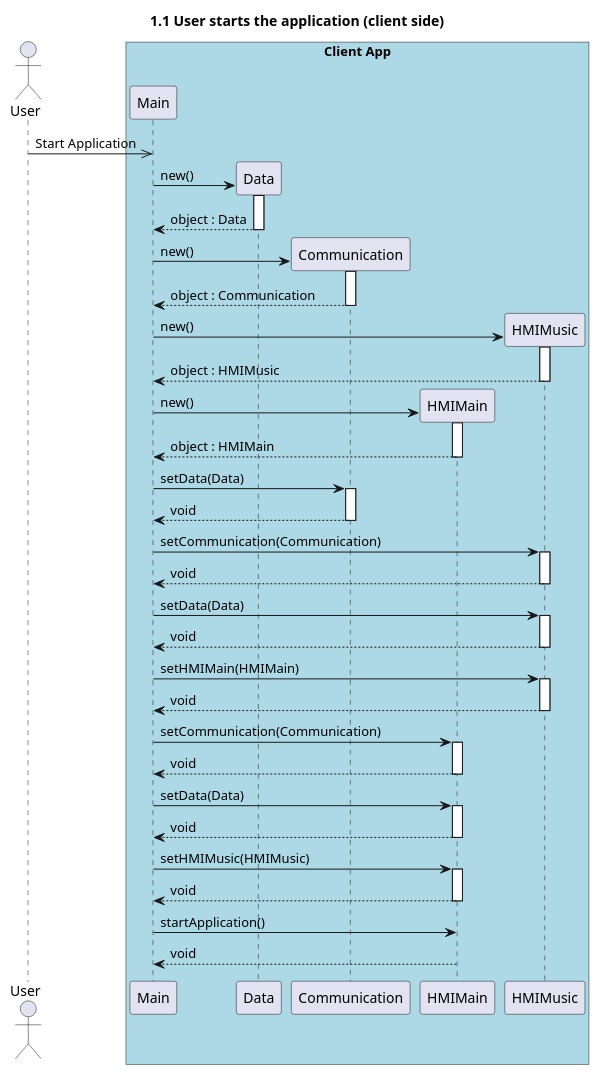
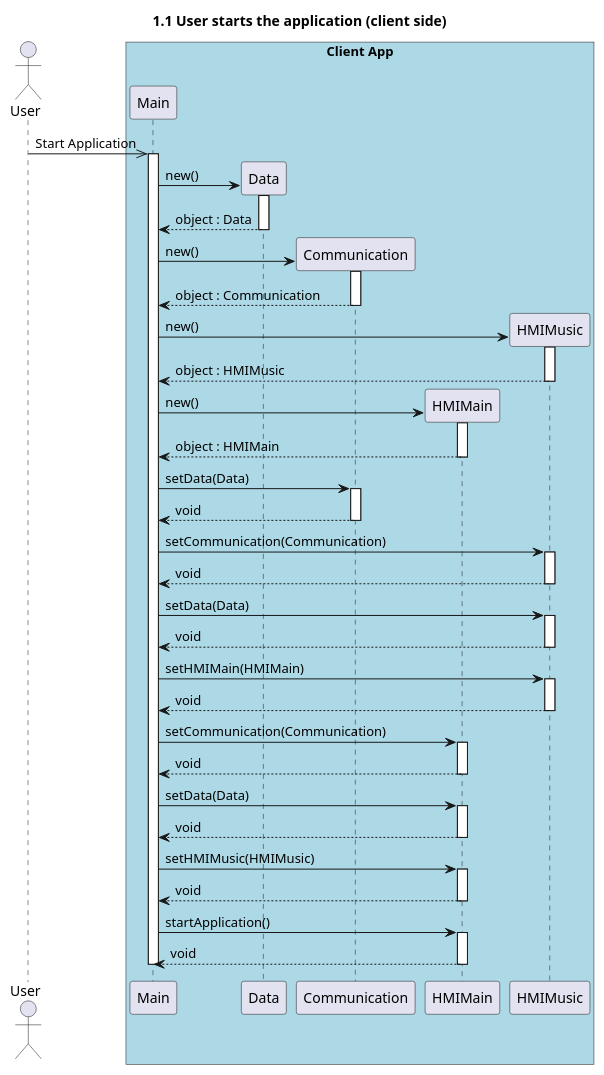
The diagram in sequence/1.1.user_starts_application_client.puml (UTCAI12/Diagrams), drawn with PlantUML before and after one commit.

Commit message:
Adding a line of life to "main" and fixing the last return.

```diff
--- a/sequence/1.1.user_starts_application_client.puml
+++ b/sequence/1.1.user_starts_application_client.puml
@@ -1,56 +1,58 @@
 @startuml 1.1 User starts the application (client side)
 title 1.1 User starts the application (client side)
 
 actor "User" as user
 
 box "Client App" #LightBlue
     participant "Main" as main
     participant "Data" as data
     participant "Communication" as com
     participant "HMIMain" as hmimain
     participant "HMIMusic" as hmimusic
 end box
 
-user ->> main : Start Application
+user ->> main++ : Start Application
 
 create data
 main -> data++ : new()
 return object : Data
 
 create com
 main -> com++ : new()
 return object : Communication
 
 create hmimusic
 main -> hmimusic++ : new()
 return object : HMIMusic
 
 create hmimain
 main -> hmimain++ : new()
 return object : HMIMain
 
 main -> com++ : setData(Data)
 return void
 
 main -> hmimusic++ : setCommunication(Communication)
 return void
 
 main -> hmimusic++ : setData(Data)
 return void
 
 main -> hmimusic++ : setHMIMain(HMIMain)
 return void
 
 main -> hmimain++ : setCommunication(Communication)
 return void
 
 main -> hmimain++ : setData(Data)
 return void
 
 main -> hmimain++ : setHMIMusic(HMIMusic)
 return void
 
-main -> hmimain : startApplication()
+main -> hmimain++ : startApplication()
 return void
 
+deactivate main
+
 @enduml
```
